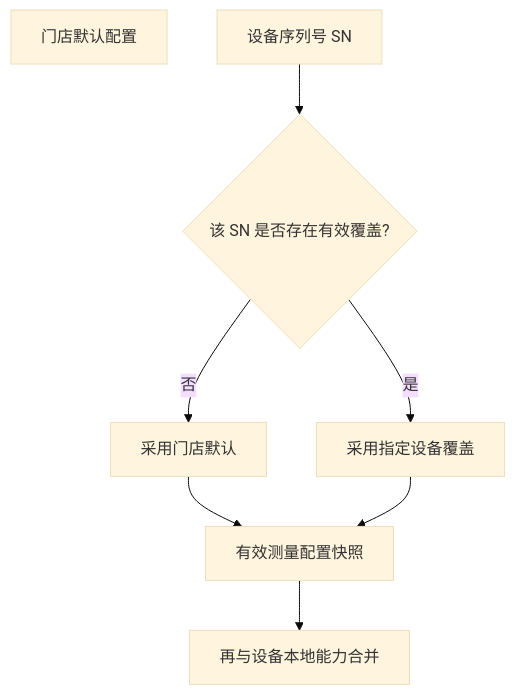
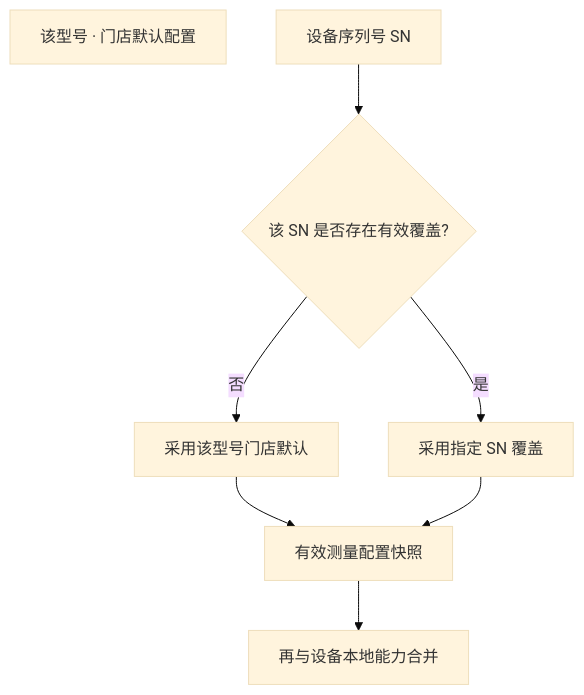
One commit to dan951781659/visbody-demo changed the fourth of 9 diagrams in device-library/devices/vapro7/PRD-综合测量与WellnessHub配置.md. Above: the diagram before and after it, drawn with Mermaid (base theme). The commit also changed other lines of this file and 25 other files, not shown here.

````diff
--- a/device-library/devices/vapro7/PRD-综合测量与WellnessHub配置.md
+++ b/device-library/devices/vapro7/PRD-综合测量与WellnessHub配置.md
@@ -352,11 +356,11 @@
 ```mermaid
 flowchart TD
-  store[门店默认配置]
+  store[该型号 · 门店默认配置]
   sn[设备序列号 SN]
   sn --> check{该 SN 是否存在有效覆盖?}
-  check -->|否| useStore[采用门店默认]
-  check -->|是| useOv[采用指定设备覆盖]
+  check -->|否| useStore[采用该型号门店默认]
+  check -->|是| useOv[采用指定 SN 覆盖]
   useStore --> eff[有效测量配置快照]
   useOv --> eff
   eff --> merge8[再与设备本地能力合并]
 ```
````
